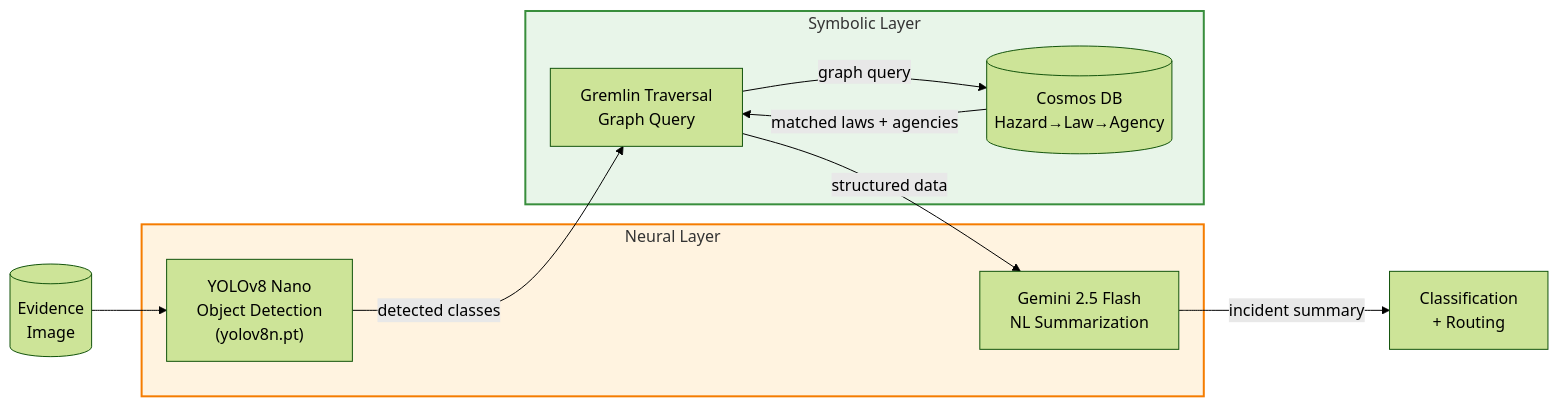
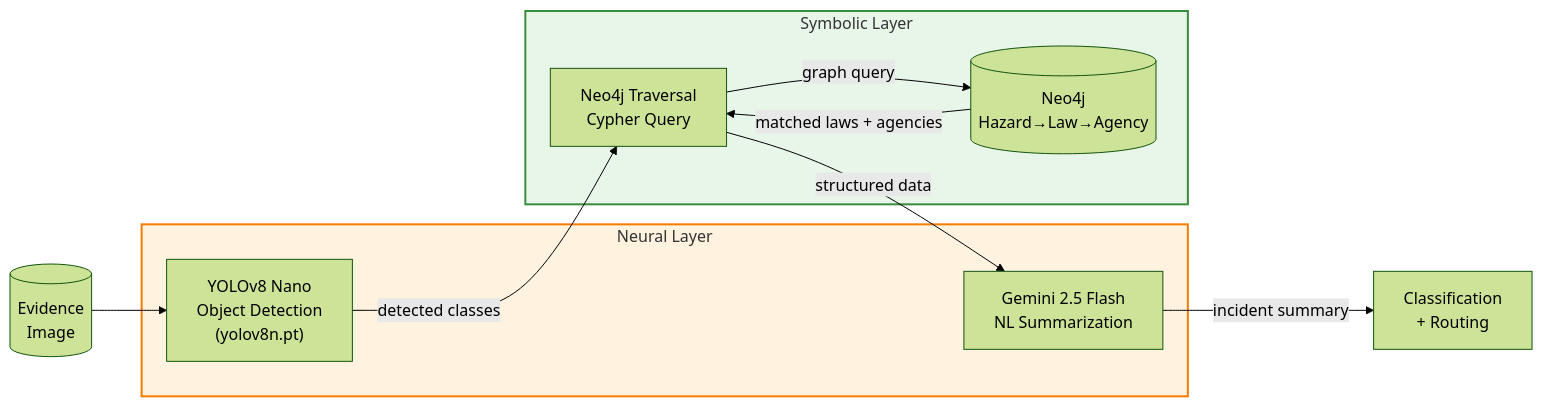
The third of 4 diagrams in docs/dataflow-diagram.md (J-Akiru5/LikasLens), drawn with Mermaid (forest theme) before and after one commit. The commit also changed other lines of this file and 12 other files, not shown here.

First line of the commit message:
feat: Phase 0 — raise COCO confidence to 0.50, fix Gremlin→Neo4j across docs, add execution tracker

````diff
--- a/docs/dataflow-diagram.md
+++ b/docs/dataflow-diagram.md
@@ -181,22 +181,22 @@
 ```mermaid
 flowchart LR
     subgraph Neural["Neural Layer"]
         YOLO["YOLOv8 Nano<br/>Object Detection<br/>(yolov8n.pt)"]
         Gemini["Gemini 2.5 Flash<br/>NL Summarization"]
     end
 
     subgraph Symbolic["Symbolic Layer"]
-        Gremlin["Gremlin Traversal<br/>Graph Query"]
-        GraphDB[("Cosmos DB<br/>Hazard→Law→Agency")]
+        Neo4j2["Neo4j Traversal<br/>Cypher Query"]
+        GraphDB[("Neo4j<br/>Hazard→Law→Agency")]
     end
 
     Image[("Evidence<br/>Image")] --> YOLO
-    YOLO -->|detected classes| Gremlin
-    Gremlin -->|graph query| GraphDB
-    GraphDB -->|matched laws + agencies| Gremlin
-    Gremlin -->|structured data| Gemini
+    YOLO -->|detected classes| Neo4j2
+    Neo4j2 -->|graph query| GraphDB
+    GraphDB -->|matched laws + agencies| Neo4j2
+    Neo4j2 -->|structured data| Gemini
     Gemini -->|incident summary| Output["Classification<br/>+ Routing"]
 
     style Neural fill:#fff3e0,stroke:#f57c00,stroke-width:2px
     style Symbolic fill:#e8f5e9,stroke:#388e3c,stroke-width:2px
 ```
````
